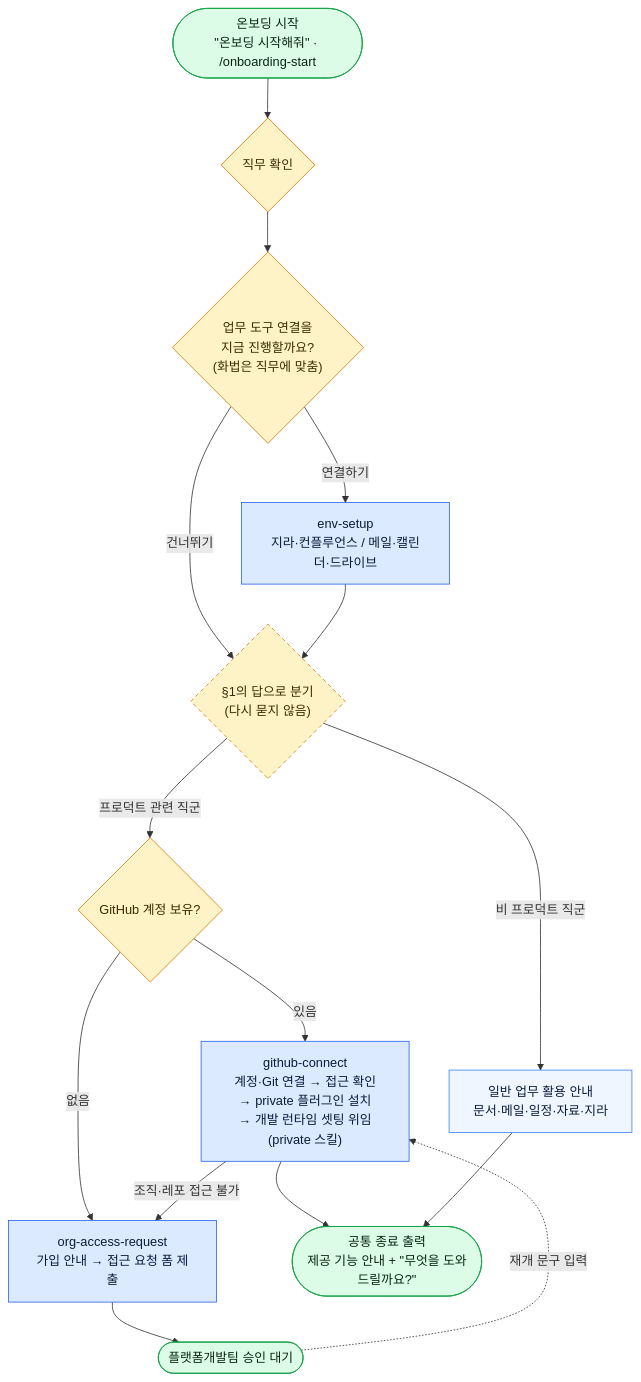
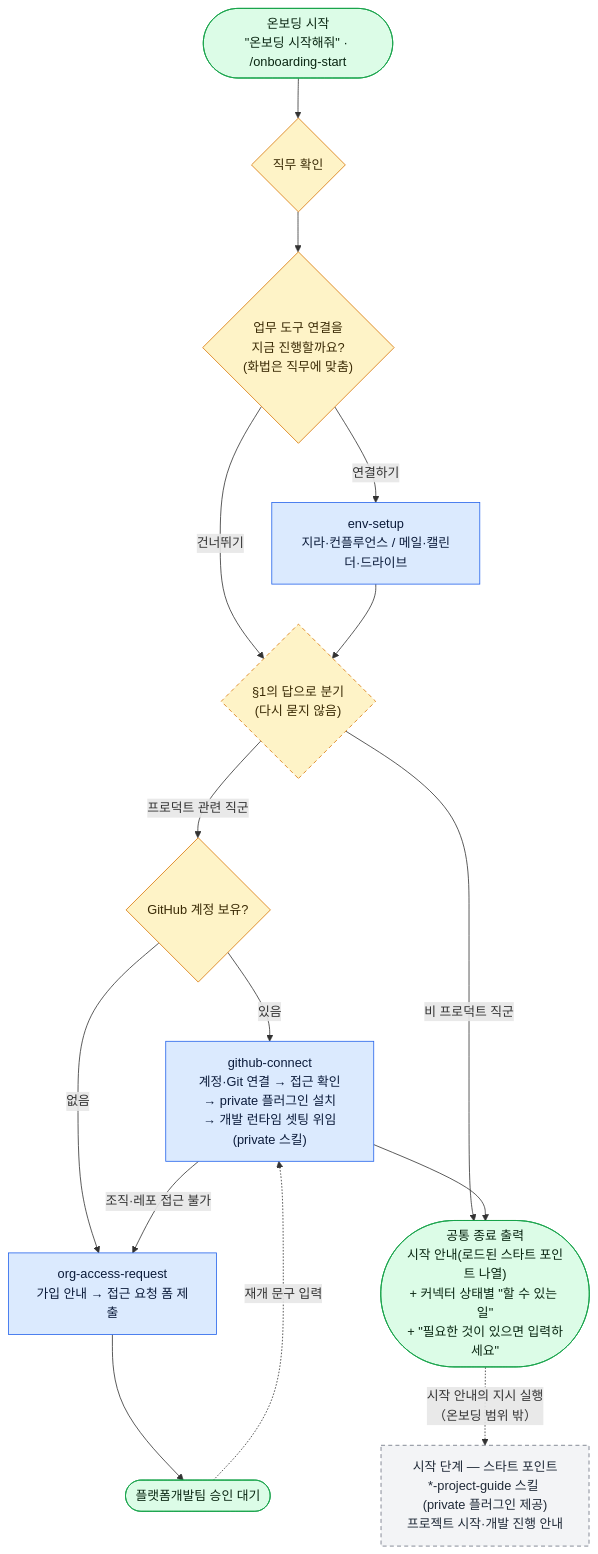
One commit to VntgCorp/terroir-claude-plugin-public changed the diagram in plugins/terroir-onboarding/README.md. Above: the diagram before and after it, drawn with Mermaid. The commit also changed other lines of this file and 4 other files, not shown here.

Commit message:
feat: 온보딩 종료 출력을 시작 안내 + 커넥터 상태별 동적 안내로 개편 [RDDP-1516]

````diff
--- a/plugins/terroir-onboarding/README.md
+++ b/plugins/terroir-onboarding/README.md
@@ -34,46 +36,46 @@
 ```mermaid
 flowchart TD
     START(["온보딩 시작<br/>&quot;온보딩 시작해줘&quot; · /onboarding-start"])
 
     Q1{"직무 확인"}
     Q2{"업무 도구 연결을<br/>지금 진행할까요?<br/>(화법은 직무에 맞춤)"}
     ENV["env-setup<br/>지라·컨플루언스 / 메일·캘린더·드라이브"]
     BR{"§1의 답으로 분기<br/>(다시 묻지 않음)"}
     Q3{"GitHub 계정 보유?"}
 
     GH["github-connect<br/>계정·Git 연결 → 접근 확인<br/>→ private 플러그인 설치<br/>→ 개발 런타임 셋팅 위임(private 스킬)"]
     OA["org-access-request<br/>가입 안내 → 접근 요청 폼 제출"]
     WAIT(["플랫폼개발팀 승인 대기"])
-    NP["일반 업무 활용 안내<br/>문서·메일·일정·자료·지라"]
 
-    END(["공통 종료 출력<br/>제공 기능 안내 + &quot;무엇을 도와드릴까요?&quot;"])
+    END(["공통 종료 출력<br/>시작 안내(로드된 스타트 포인트 나열)<br/>+ 커넥터 상태별 &quot;할 수 있는 일&quot;<br/>+ &quot;필요한 것이 있으면 입력하세요&quot;"])
+    SP["시작 단계 — 스타트 포인트<br/>*-project-guide 스킬 (private 플러그인 제공)<br/>프로젝트 시작·개발 진행 안내"]
 
     START --> Q1
     Q1 --> Q2
     Q2 -->|연결하기| ENV
     Q2 -->|건너뛰기| BR
     ENV --> BR
 
     BR -->|프로덕트 관련 직군| Q3
-    BR -->|비 프로덕트 직군| NP
+    BR -->|비 프로덕트 직군| END
 
     Q3 -->|있음| GH
     Q3 -->|없음| OA
     GH -->|조직·레포 접근 불가| OA
     OA --> WAIT
     WAIT -.->|재개 문구 입력| GH
 
     GH --> END
-    NP --> END
+    END -.->|시작 안내의 지시 실행<br/>（온보딩 범위 밖）| SP
 
     classDef skill fill:#dbeafe,stroke:#2563eb,color:#0b1b3a
     classDef gate fill:#fef3c7,stroke:#d97706,color:#3a2a05
     classDef term fill:#dcfce7,stroke:#16a34a,color:#0a2612
-    classDef step fill:#eff6ff,stroke:#3b82f6,color:#0b1b3a
     classDef branch fill:#fef3c7,stroke:#d97706,color:#3a2a05,stroke-dasharray:5 4
+    classDef ext fill:#f3f4f6,stroke:#6b7280,color:#1f2937,stroke-dasharray:5 4
     class ENV,GH,OA skill
     class Q1,Q2,Q3 gate
     class BR branch
     class START,END,WAIT term
-    class NP step
+    class SP ext
 ```
````
